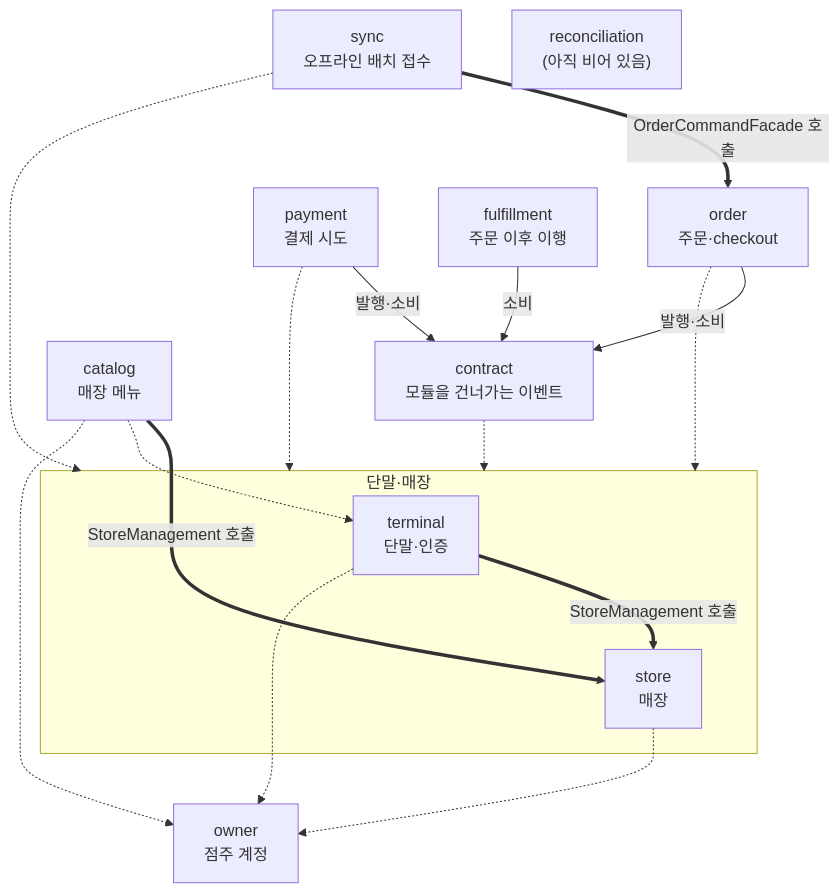
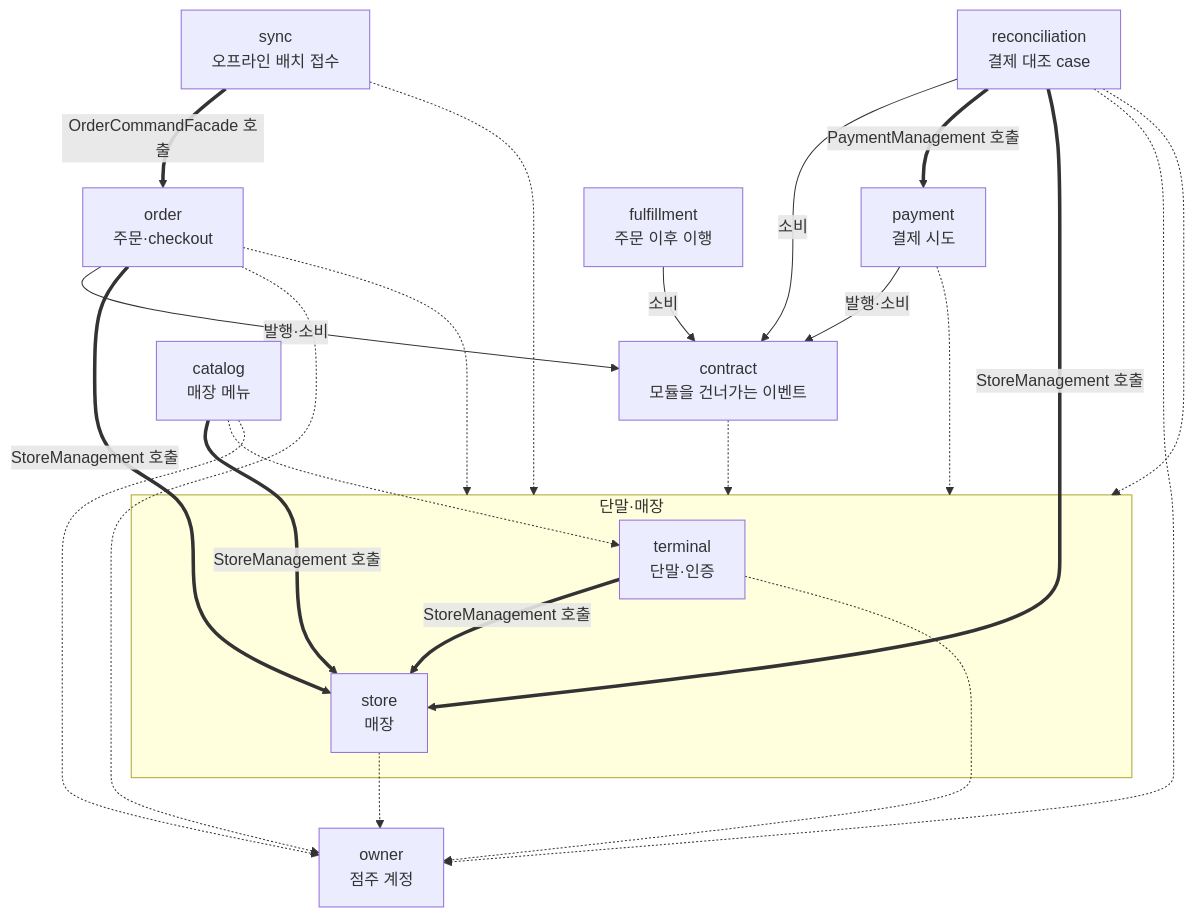
Before and after one commit to char-labs/ResilientPOS: the second of 2 diagrams in README.md, drawn with Mermaid. The commit also changed other lines of this file and 6 other files, not shown here.

````diff
--- a/README.md
+++ b/README.md
@@ -69,30 +70,37 @@
 ```mermaid
 flowchart TB
     sync["sync<br/>오프라인 배치 접수"]
     order["order<br/>주문·checkout"]
     payment["payment<br/>결제 시도"]
     fulfillment["fulfillment<br/>주문 이후 이행"]
     contract["contract<br/>모듈을 건너가는 이벤트"]
     subgraph ref["단말·매장"]
         terminal["terminal<br/>단말·인증"]
         store["store<br/>매장"]
     end
     owner["owner<br/>점주 계정"]
-    reconciliation["reconciliation<br/>(아직 비어 있음)"]
+    reconciliation["reconciliation<br/>결제 대조 case"]
     catalog["catalog<br/>매장 메뉴"]
 
     sync ==>|"OrderCommandFacade 호출"| order
     order -->|"발행·소비"| contract
     payment -->|"발행·소비"| contract
     fulfillment -->|"소비"| contract
+    reconciliation -->|"소비"| contract
+    reconciliation ==>|"PaymentManagement 호출"| payment
     sync -.-> ref
     order -.-> ref
     payment -.-> ref
+    reconciliation -.-> ref
     contract -.-> ref
     terminal ==>|"StoreManagement 호출"| store
     terminal -.-> owner
     store -.-> owner
     catalog ==>|"StoreManagement 호출"| store
     catalog -.-> terminal
     catalog -.-> owner
+    order ==>|"StoreManagement 호출"| store
+    reconciliation ==>|"StoreManagement 호출"| store
+    order -.-> owner
+    reconciliation -.-> owner
 ```
````
